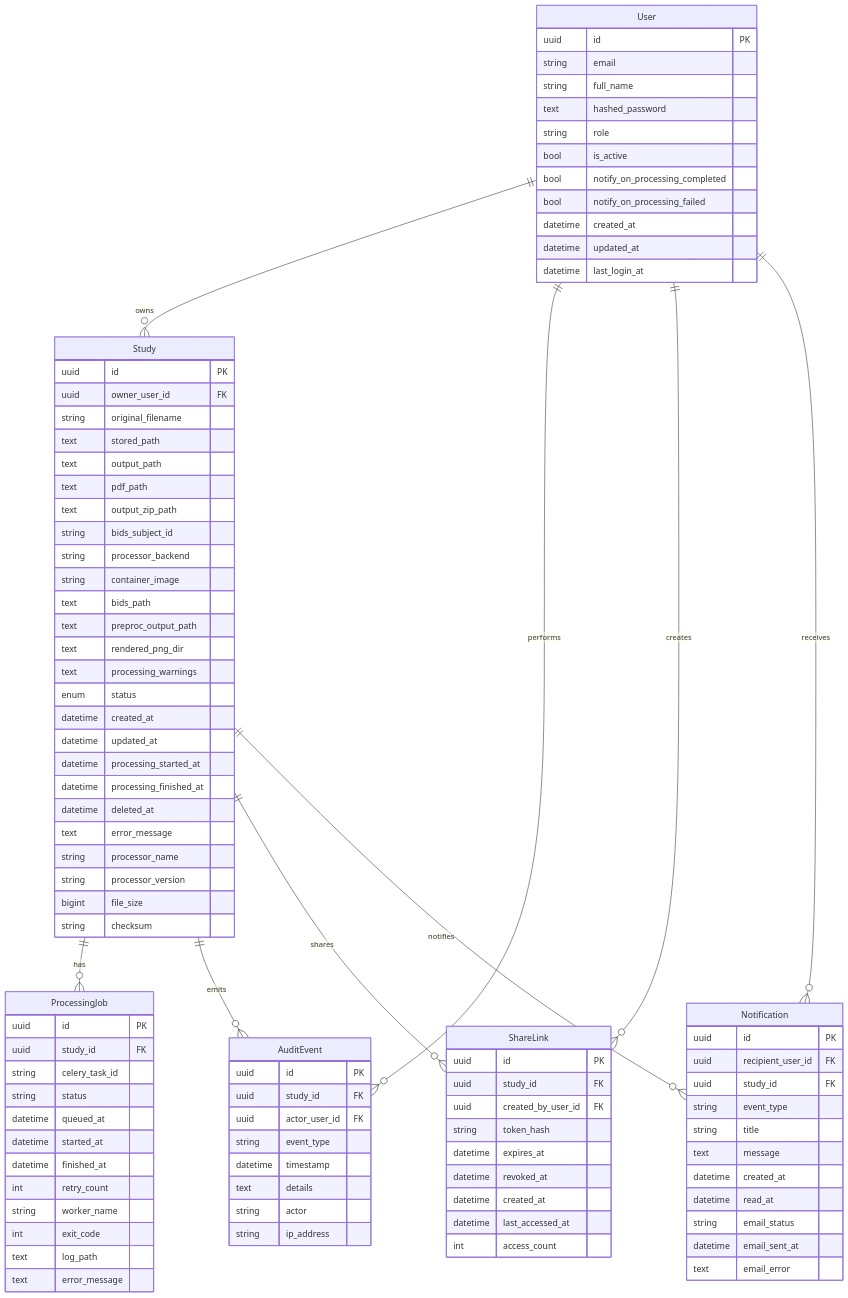
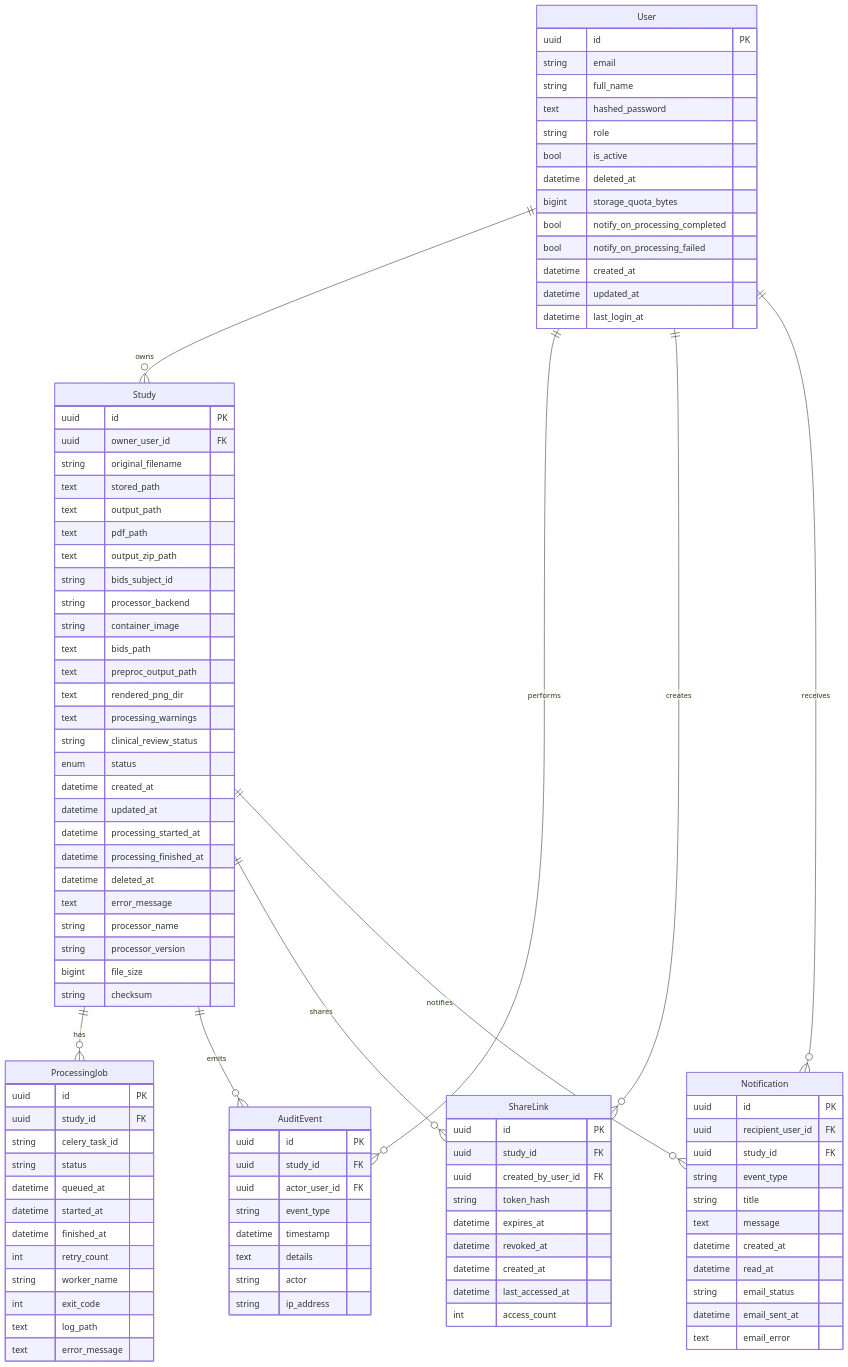
The second of 4 diagrams in docs/architecture.md (suhartx/neuroimagen-server-biocruces), drawn with Mermaid before and after one commit. The commit also changed other lines of this file and 12 other files, not shown here.

```diff
--- a/docs/architecture.md
+++ b/docs/architecture.md
@@ -78,6 +78,8 @@
     text hashed_password
     string role
     bool is_active
+    datetime deleted_at
+    bigint storage_quota_bytes
     bool notify_on_processing_completed
     bool notify_on_processing_failed
     datetime created_at
@@ -99,6 +101,7 @@
     text preproc_output_path
     text rendered_png_dir
     text processing_warnings
+    string clinical_review_status
     enum status
     datetime created_at
     datetime updated_at
```
